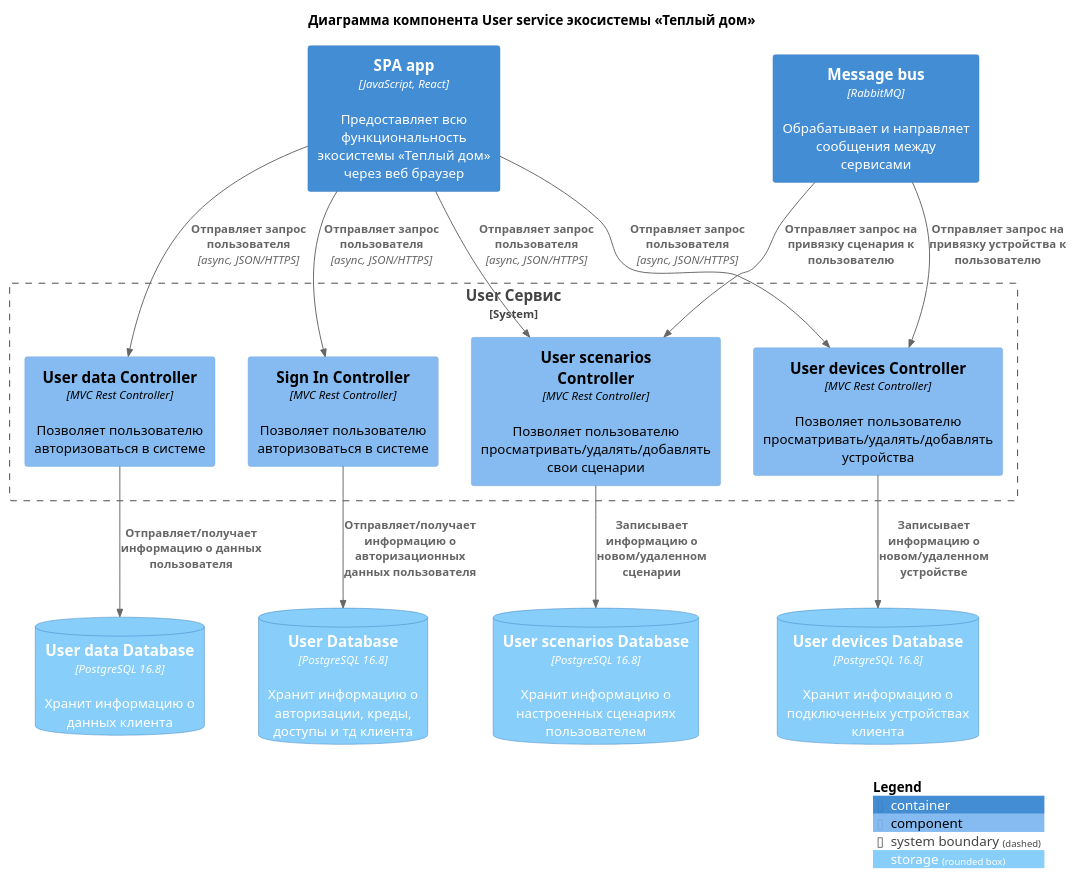
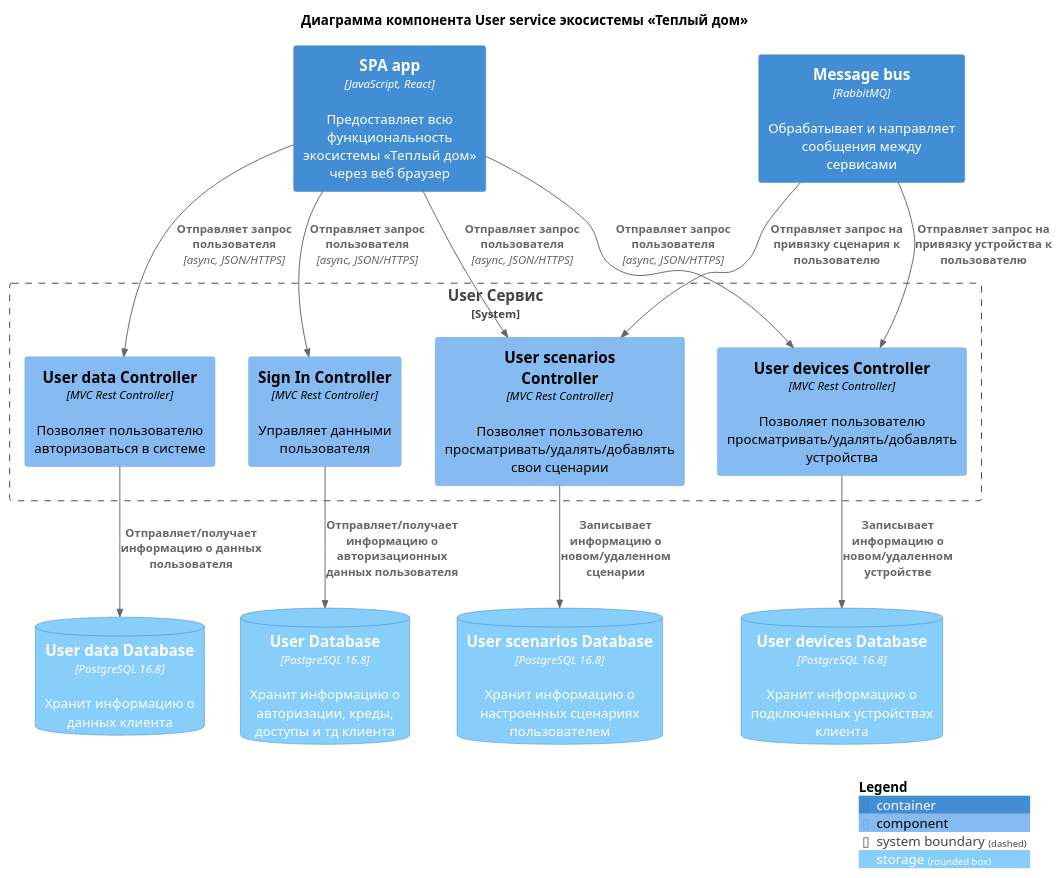
The diagram in apps/smart_home/doc/2_2.1.puml (IvlevGreg/warm-house), drawn with PlantUML before and after one commit. The commit also changed 2 other files, not shown here.

```diff
--- a/apps/smart_home/doc/2_2.1.puml
+++ b/apps/smart_home/doc/2_2.1.puml
@@ -1,51 +1,51 @@
 @startuml
 !include https://raw.githubusercontent.com/plantuml-stdlib/C4-PlantUML/master/C4_Component.puml
 
 ' uncomment the following line and comment the first to use locally
 ' !include C4_Container.puml
 
 ' LAYOUT_TOP_DOWN()
 ' LAYOUT_AS_SKETCH()
 LAYOUT_WITH_LEGEND()
 
 title Диаграмма компонента User service экосистемы «Теплый дом»
 
 AddElementTag("microService", $shape=EightSidedShape(), $bgColor="CornflowerBlue", $fontColor="white", $legendText="micro service\neight sided")
 AddElementTag("storage", $shape=RoundedBoxShape(), $bgColor="lightSkyBlue", $fontColor="white")
 
 Container(spa, "SPA app", "JavaScript, React", "Предоставляет всю функциональность экосистемы «Теплый дом» через веб браузер")
 Container(message_bus, "Message bus", "RabbitMQ", "Обрабатывает и направляет сообщения между сервисами")
 
 System_Boundary(c1, "User Сервис") {
-    Component(sign, "Sign In Controller", "MVC Rest Controller", "Позволяет пользователю авторизоваться в системе")
+    Component(sign, "Sign In Controller", "MVC Rest Controller", "Управляет данными пользователя")
     Component(user_data, "User data Controller", "MVC Rest Controller", "Позволяет пользователю авторизоваться в системе")
     Component(user_devices, "User devices Controller", "MVC Rest Controller", "Позволяет пользователю просматривать/удалять/добавлять устройства")
     Component(user_scenarios, "User scenarios Controller", "MVC Rest Controller", "Позволяет пользователю просматривать/удалять/добавлять свои сценарии")
 }
 
  ContainerDb(customer_db, "User Database", "PostgreSQL 16.8", "Хранит информацию о авторизации, креды, доступы и тд клиента", $tags = "storage")
  ContainerDb(user_data_db, "User data Database", "PostgreSQL 16.8", "Хранит информацию о данных клиента", $tags = "storage")
  ContainerDb(customer_devices_db, "User devices Database", "PostgreSQL 16.8", "Хранит информацию о подключенных устройствах клиента", $tags = "storage")
  ContainerDb(customer_scenarios_db, "User scenarios Database", "PostgreSQL 16.8", "Хранит информацию о настроенных сценарияx пользователем", $tags = "storage")
 
 
 
 Rel(spa, sign, "Отправляет запрос пользователя", "async, JSON/HTTPS")
 Rel(spa, user_devices, "Отправляет запрос пользователя", "async, JSON/HTTPS")
 Rel(spa, user_scenarios, "Отправляет запрос пользователя", "async, JSON/HTTPS")
 Rel(spa, user_data, "Отправляет запрос пользователя", "async, JSON/HTTPS")
 
 Rel(sign,customer_db , "Отправляет/получает информацию о авторизационных данных пользователя")
 
 Rel(user_data,user_data_db , "Отправляет/получает информацию о данных пользователя")
 
 Rel(message_bus, user_devices , "Отправляет запрос на привязку устройства к пользователю")
 Rel(message_bus ,user_scenarios, "Отправляет запрос на привязку сценария к пользователю")
 
 Rel(user_devices,customer_devices_db , "Записывает информацию о новом/удаленном устройстве")
 
 Rel(user_scenarios,customer_scenarios_db , "Записывает информацию о новом/удаленном сценарии")
 
 
 SHOW_LEGEND()
 @enduml
```
